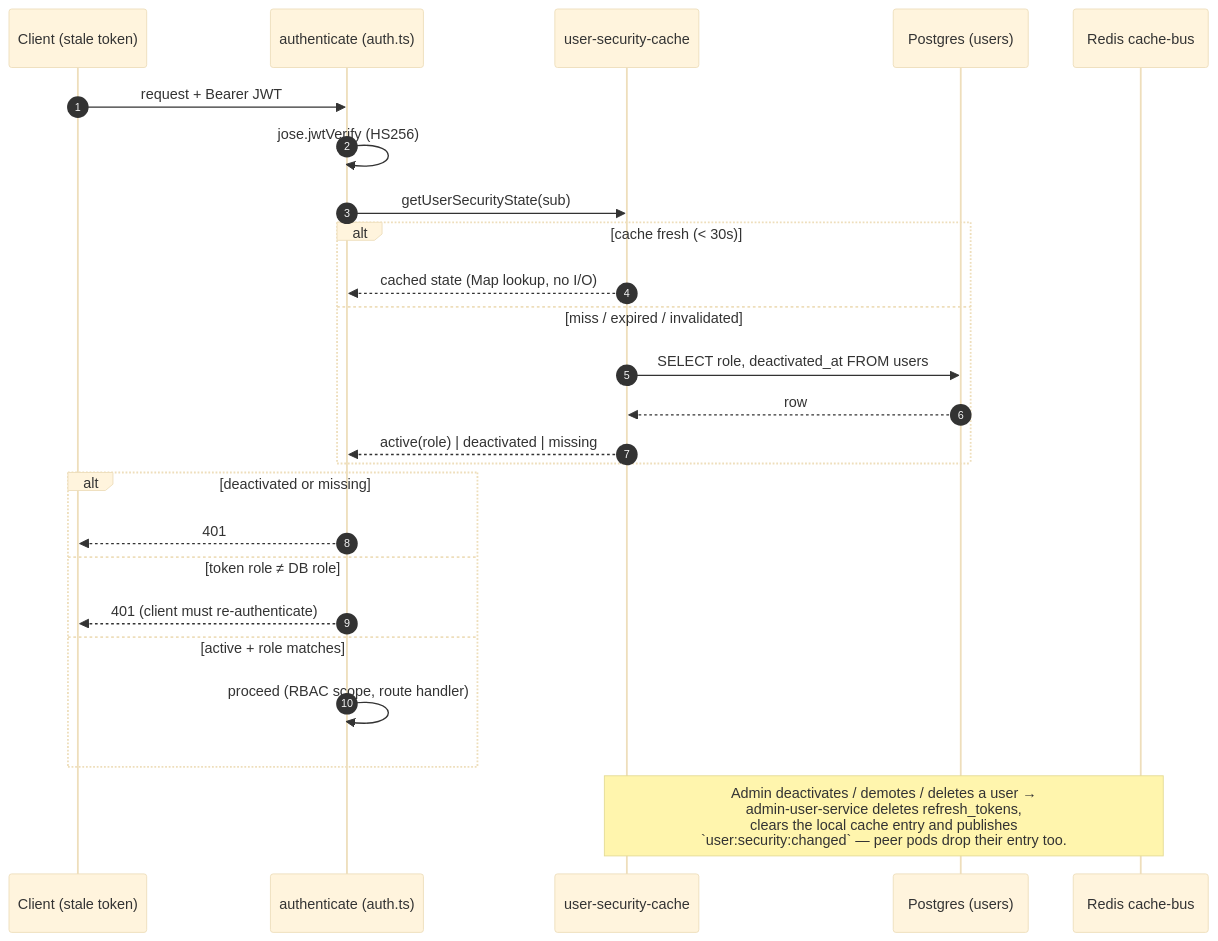
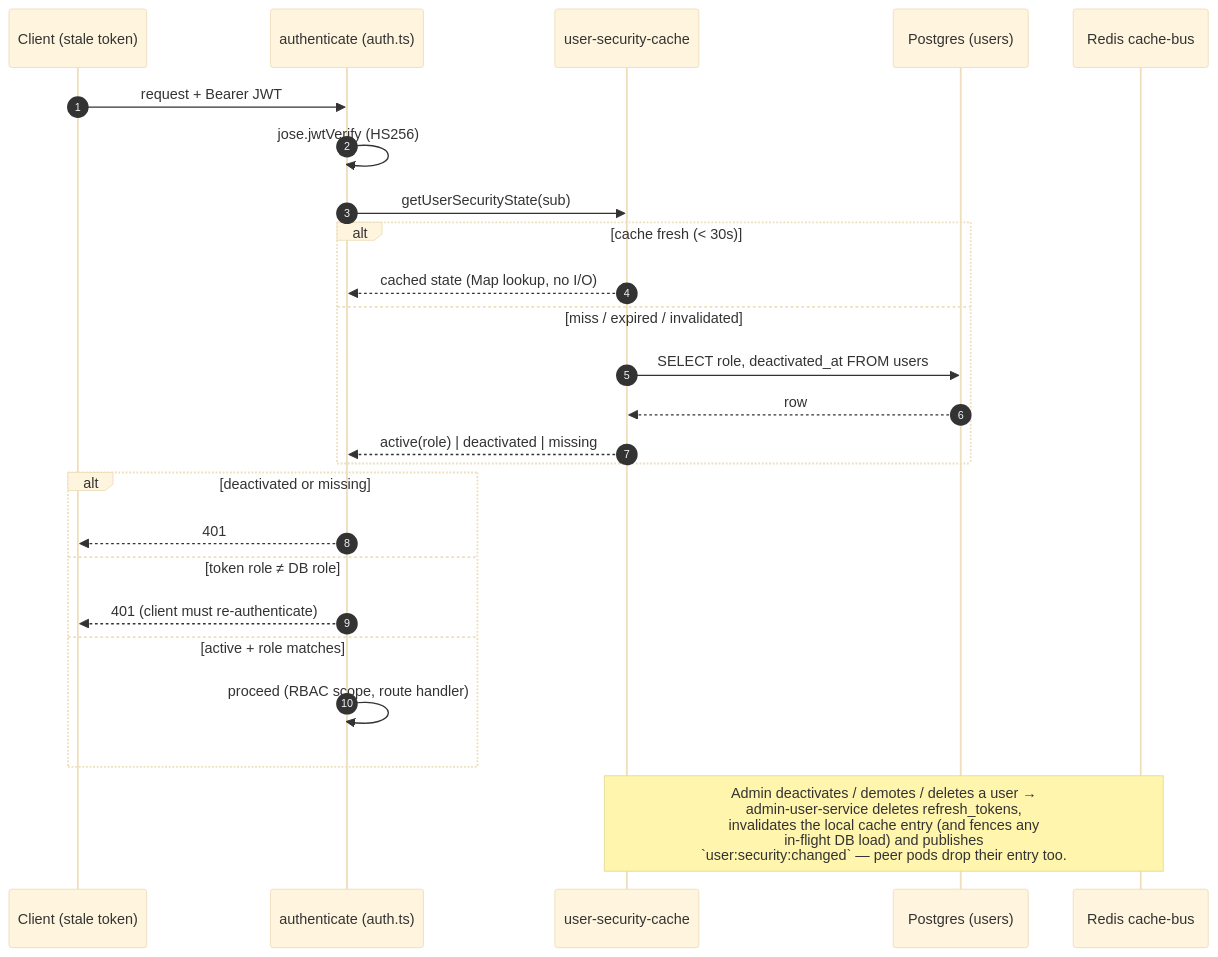
One commit to Compendiq/compendiq-ce changed the second of 3 diagrams in docs/architecture/07-flow-auth.md. Above: the diagram before and after it, drawn with Mermaid (base theme). The commit also changed other lines of this file and 6 other files, not shown here.

First line of the commit message:
fix(auth): fence stale in-flight security-cache loads; clamp ACCESS_TOKEN_EXPIRY instead of failing boot

````diff
--- a/docs/architecture/07-flow-auth.md
+++ b/docs/architecture/07-flow-auth.md
@@ -70,29 +70,29 @@
 ```mermaid
 sequenceDiagram
     autonumber
     participant C as Client (stale token)
     participant BE as authenticate (auth.ts)
     participant UC as user-security-cache
     participant DB as Postgres (users)
     participant RB as Redis cache-bus
 
     C->>BE: request + Bearer JWT
     BE->>BE: jose.jwtVerify (HS256)
     BE->>UC: getUserSecurityState(sub)
     alt cache fresh (< 30s)
         UC-->>BE: cached state (Map lookup, no I/O)
     else miss / expired / invalidated
         UC->>DB: SELECT role, deactivated_at FROM users
         DB-->>UC: row
         UC-->>BE: active(role) | deactivated | missing
     end
     alt deactivated or missing
         BE-->>C: 401
     else token role ≠ DB role
         BE-->>C: 401 (client must re-authenticate)
     else active + role matches
         BE->>BE: proceed (RBAC scope, route handler)
     end
 
-    Note over RB,UC: Admin deactivates / demotes / deletes a user →<br/>admin-user-service deletes refresh_tokens,<br/>clears the local cache entry and publishes<br/>`user:security:changed` — peer pods drop their entry too.
+    Note over RB,UC: Admin deactivates / demotes / deletes a user →<br/>admin-user-service deletes refresh_tokens,<br/>invalidates the local cache entry (and fences any<br/>in-flight DB load) and publishes<br/>`user:security:changed` — peer pods drop their entry too.
 ```
````
